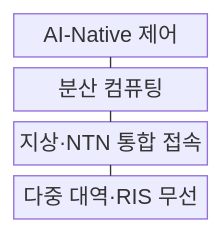
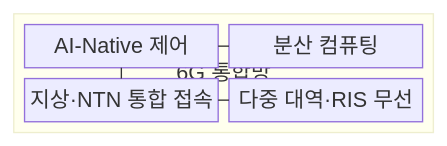
One commit to agnusdei1207/knowledge-base changed the first of 2 diagrams in src/content/docs/notes/04-network/042_6g_technologies.md. Above: the diagram before and after it, drawn with Mermaid. The commit also changed other lines of this file and 20 other files, not shown here.

````diff
--- a/src/content/docs/notes/04-network/042_6g_technologies.md
+++ b/src/content/docs/notes/04-network/042_6g_technologies.md
@@ -56,11 +59,14 @@
 ```mermaid
-block-beta
+block
     columns 1
-    A["AI-Native 제어"]
-    B["분산 컴퓨팅"]
-    C["지상·NTN 통합 접속"]
-    D["다중 대역·RIS 무선"]
-    A --- B
-    B --- C
-    C --- D
+    block:SIXG["6G 통합망"]
+        columns 2
+        AI["AI-Native 제어"]
+        COMPUTE["분산 컴퓨팅"]
+        ACCESS["지상·NTN 통합 접속"]
+        RADIO["다중 대역·RIS 무선"]
+    end
+    AI --- COMPUTE
+    AI --- ACCESS
+    ACCESS --- RADIO
 ```
````
